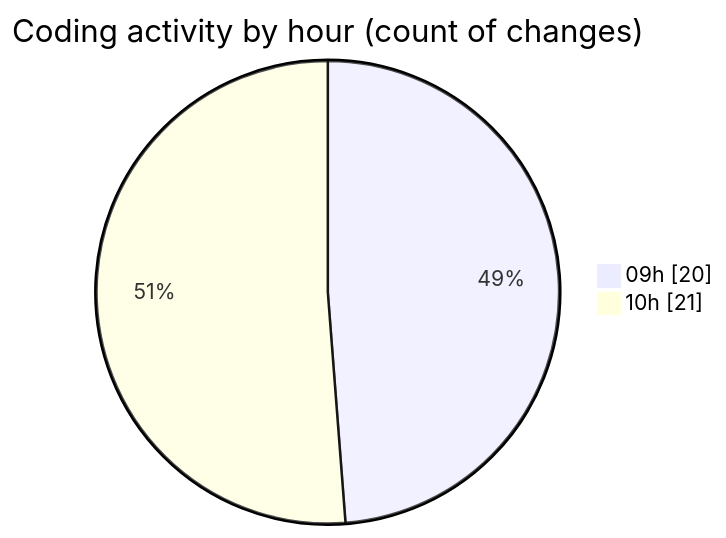
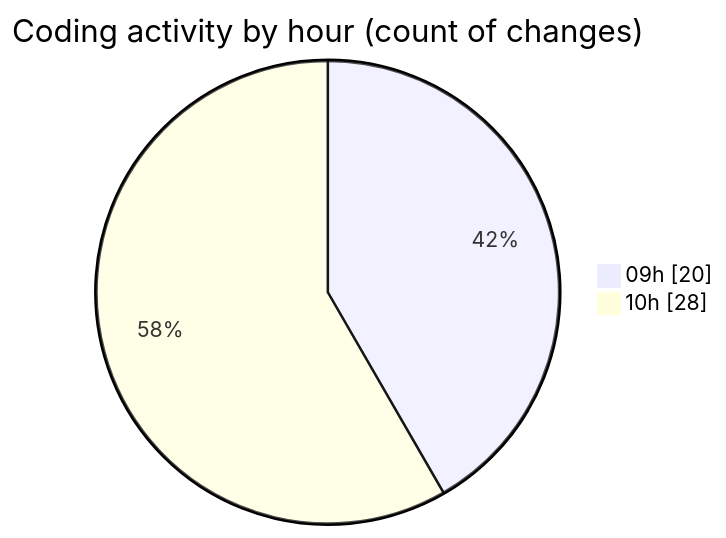
One commit to CELIANVF/code-tracking changed the second of 2 diagrams in 2025-06-10/ecodeli-1/README.md. Above: the diagram before and after it, drawn with Mermaid. The commit also changed other lines of this file and 1 other file, not shown here.

````diff
--- a/2025-06-10/ecodeli-1/README.md
+++ b/2025-06-10/ecodeli-1/README.md
@@ -46,6 +51,6 @@
 ```mermaid
 pie showData
 title Coding activity by hour (count of changes)
 "09h" : 20
-"10h" : 21
+"10h" : 28
 ```
````
